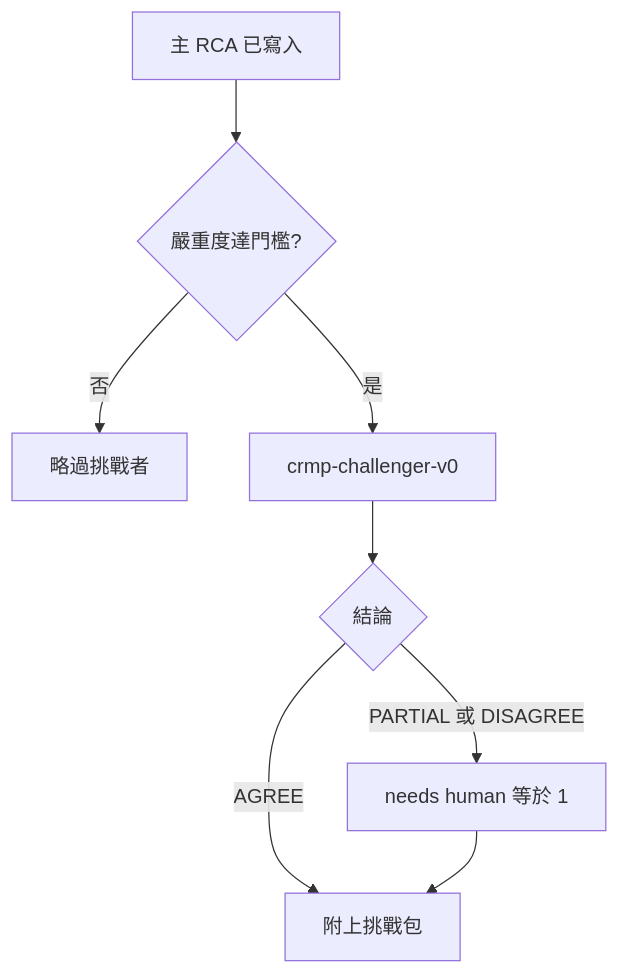
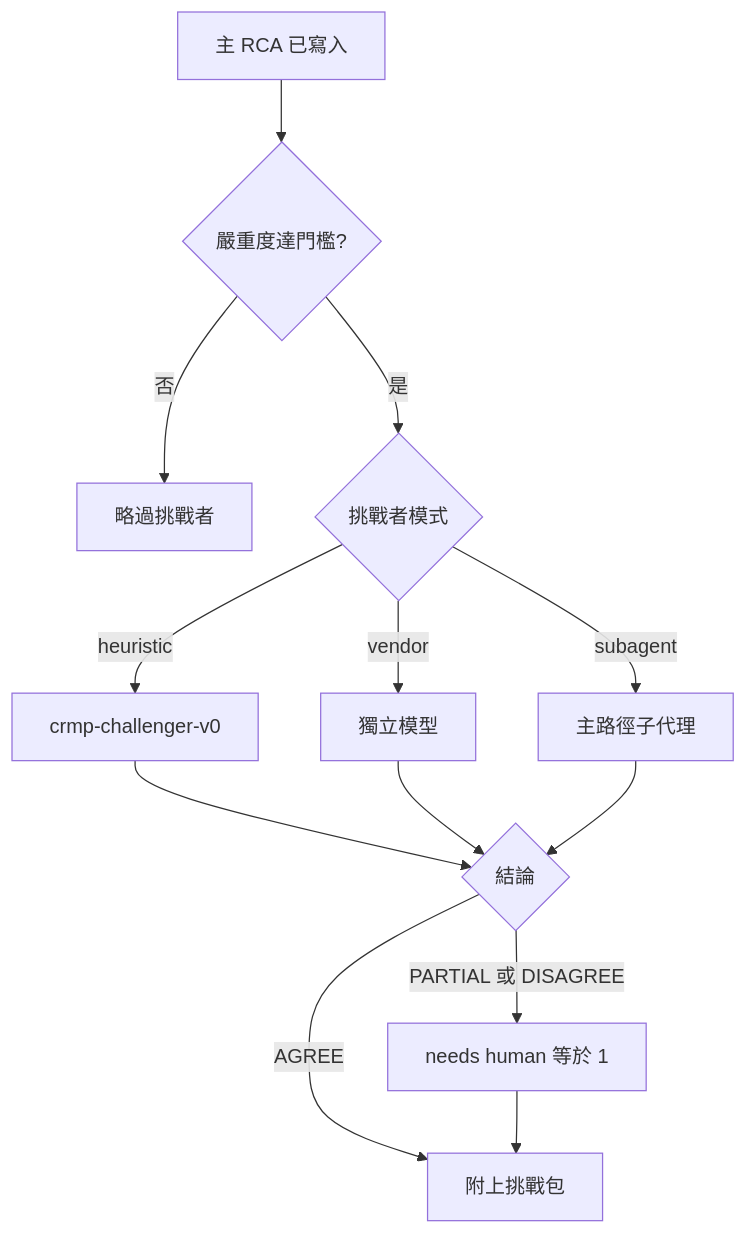
The fifth of 12 diagrams in platform/docs/TSD.zh-Hant.md (hxyan2020/PRD), drawn with Mermaid before and after one commit. The commit also changed other lines of this file and 22 other files, not shown here.

````diff
--- a/platform/docs/TSD.zh-Hant.md
+++ b/platform/docs/TSD.zh-Hant.md
@@ -454,10 +463,15 @@
 ```mermaid
 graph TD
   Rca[主 RCA 已寫入] --> Cmp{嚴重度達門檻?}
   Cmp -->|否| Skip[略過挑戰者]
-  Cmp -->|是| Run[crmp-challenger-v0]
-  Run --> V{結論}
+  Cmp -->|是| Mode{挑戰者模式}
+  Mode -->|heuristic| RunH[crmp-challenger-v0]
+  Mode -->|vendor| RunV[獨立模型]
+  Mode -->|subagent| RunS[主路徑子代理]
+  RunH --> V{結論}
+  RunV --> V
+  RunS --> V
   V -->|AGREE| Pack[附上挑戰包]
   V -->|PARTIAL 或 DISAGREE| Human[needs human 等於 1]
   Human --> Pack
 ```
````
